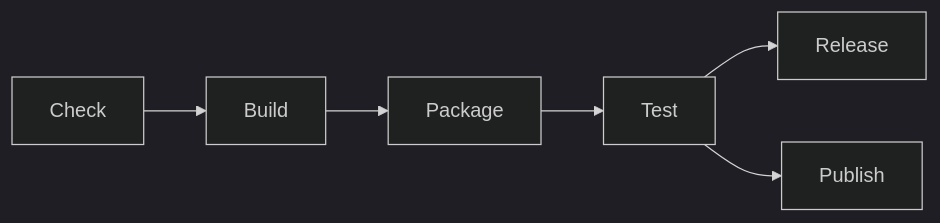
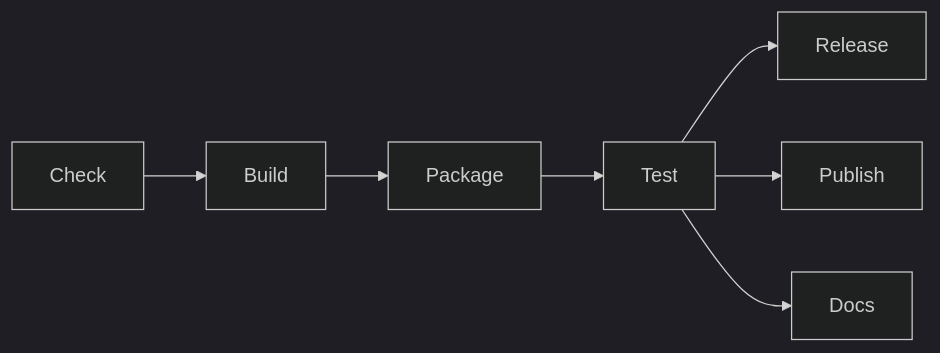
One commit to input-output-hk/catalyst-ci changed the diagram in docs/src/onboarding/index.md. Above: the diagram before and after it, drawn with Mermaid (dark theme). The commit also changed other lines of this file and 2 other files, not shown here.

````diff
--- a/docs/src/onboarding/index.md
+++ b/docs/src/onboarding/index.md
@@ -75,6 +75,7 @@
 ```mermaid
 flowchart LR
     A[Check] --> B[Build] --> C[Package] --> D[Test]
     D --> E[Release]
     D --> F[Publish]
+    D --> G[Docs]
 ```
````
